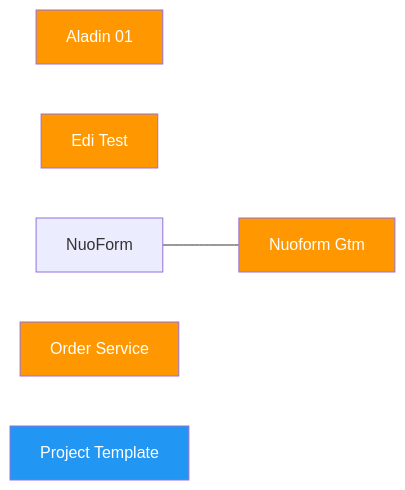
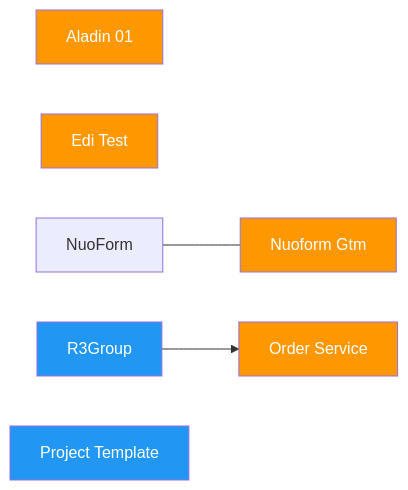
Before and after one commit to Katty-Fashion/kf-cpto: the diagram in docs/dependency-graph.md, drawn with Mermaid. The commit also changed other lines of this file and 9 other files, not shown here.

````diff
--- a/docs/dependency-graph.md
+++ b/docs/dependency-graph.md
@@ -10,12 +10,14 @@
 ```mermaid
 graph LR
     Aladin-01[Aladin 01]:::internal
     Edi-test[Edi Test]:::internal
     NuoForm---GTM[Nuoform   Gtm]:::internal
+    R3GROUP[R3Group]:::eu
     order-service[Order Service]:::internal
     project-template[Project Template]:::eu
+    R3GROUP --> order-service
 
     classDef saas fill:#4CAF50,color:#fff
     classDef eu fill:#2196F3,color:#fff
     classDef internal fill:#FF9800,color:#fff
 ```
````
